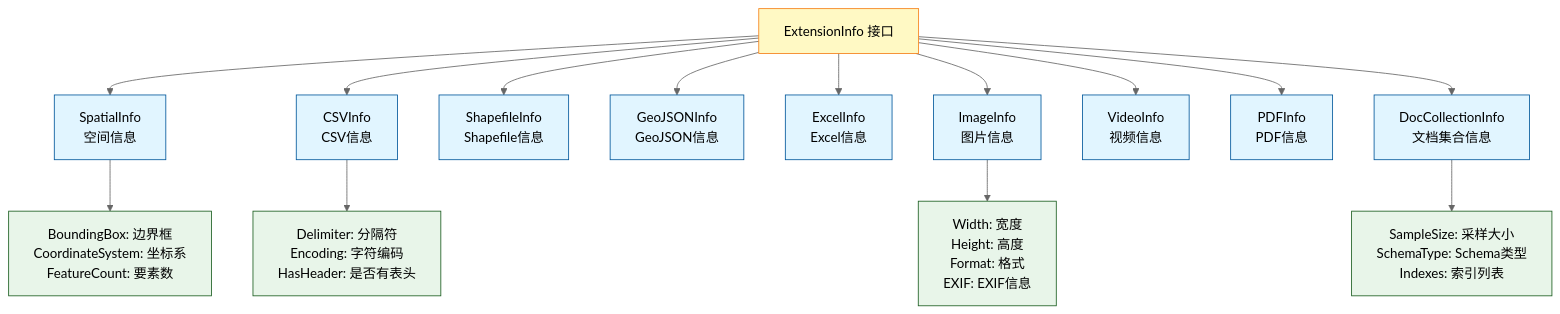
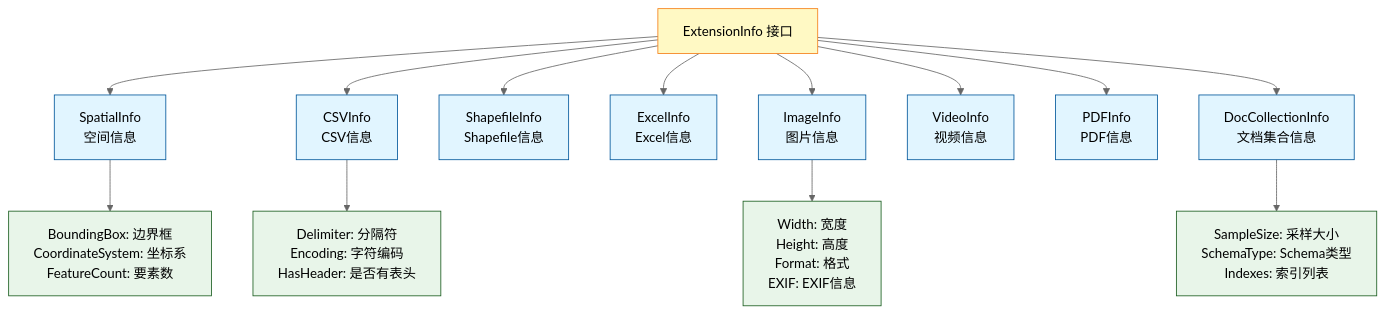
The sixth of 7 diagrams in docs/concepts/addp元数据体系图.md (pampa0629/addp), drawn with Mermaid (neutral theme) before and after one commit. The commit also changed other lines of this file and 40 other files, not shown here.

````diff
--- a/docs/concepts/addp元数据体系图.md
+++ b/docs/concepts/addp元数据体系图.md
@@ -371,30 +364,29 @@
 ```mermaid
 graph TB
     ExtensionInfo[ExtensionInfo 接口]
 
     ExtensionInfo --> Spatial[SpatialInfo<br/>空间信息]
     ExtensionInfo --> CSV[CSVInfo<br/>CSV信息]
     ExtensionInfo --> Shapefile[ShapefileInfo<br/>Shapefile信息]
-    ExtensionInfo --> GeoJSON[GeoJSONInfo<br/>GeoJSON信息]
     ExtensionInfo --> Excel[ExcelInfo<br/>Excel信息]
     ExtensionInfo --> Image[ImageInfo<br/>图片信息]
     ExtensionInfo --> Video[VideoInfo<br/>视频信息]
     ExtensionInfo --> PDF[PDFInfo<br/>PDF信息]
     ExtensionInfo --> Doc[DocCollectionInfo<br/>文档集合信息]
 
     Spatial --> SpatialEx[BoundingBox: 边界框<br/>CoordinateSystem: 坐标系<br/>FeatureCount: 要素数]
 
     CSV --> CSVEx[Delimiter: 分隔符<br/>Encoding: 字符编码<br/>HasHeader: 是否有表头]
 
     Doc --> DocEx[SampleSize: 采样大小<br/>SchemaType: Schema类型<br/>Indexes: 索引列表]
 
     Image --> ImageEx[Width: 宽度<br/>Height: 高度<br/>Format: 格式<br/>EXIF: EXIF信息]
 
     classDef interface fill:#fff9c4,stroke:#f57f17
     classDef extension fill:#e1f5ff,stroke:#01579b
     classDef detail fill:#e8f5e9,stroke:#1b5e20
 
     class ExtensionInfo interface
-    class Spatial,CSV,Shapefile,GeoJSON,Excel,Image,Video,PDF,Doc extension
+    class Spatial,CSV,Shapefile,Excel,Image,Video,PDF,Doc extension
     class SpatialEx,CSVEx,DocEx,ImageEx detail
 ```
````
